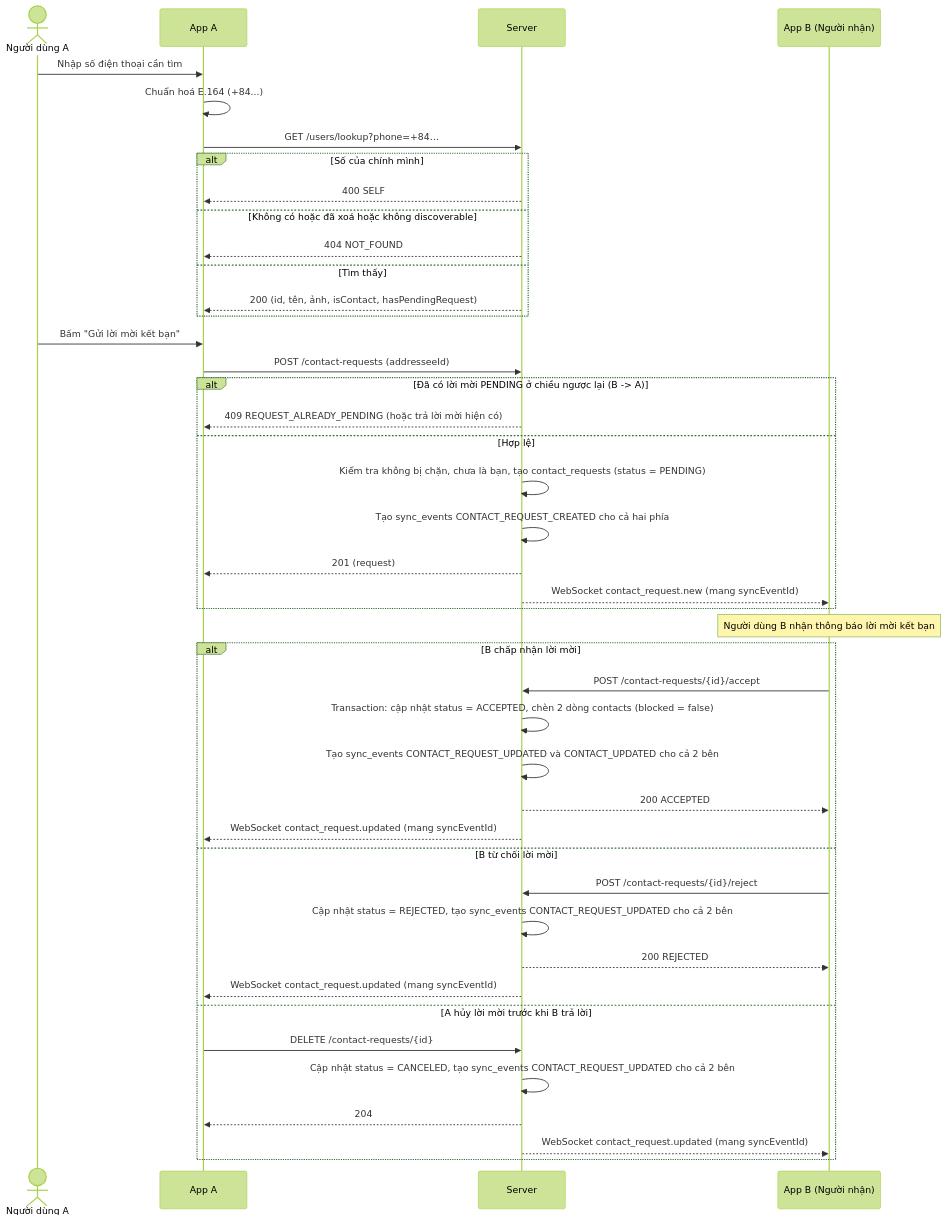
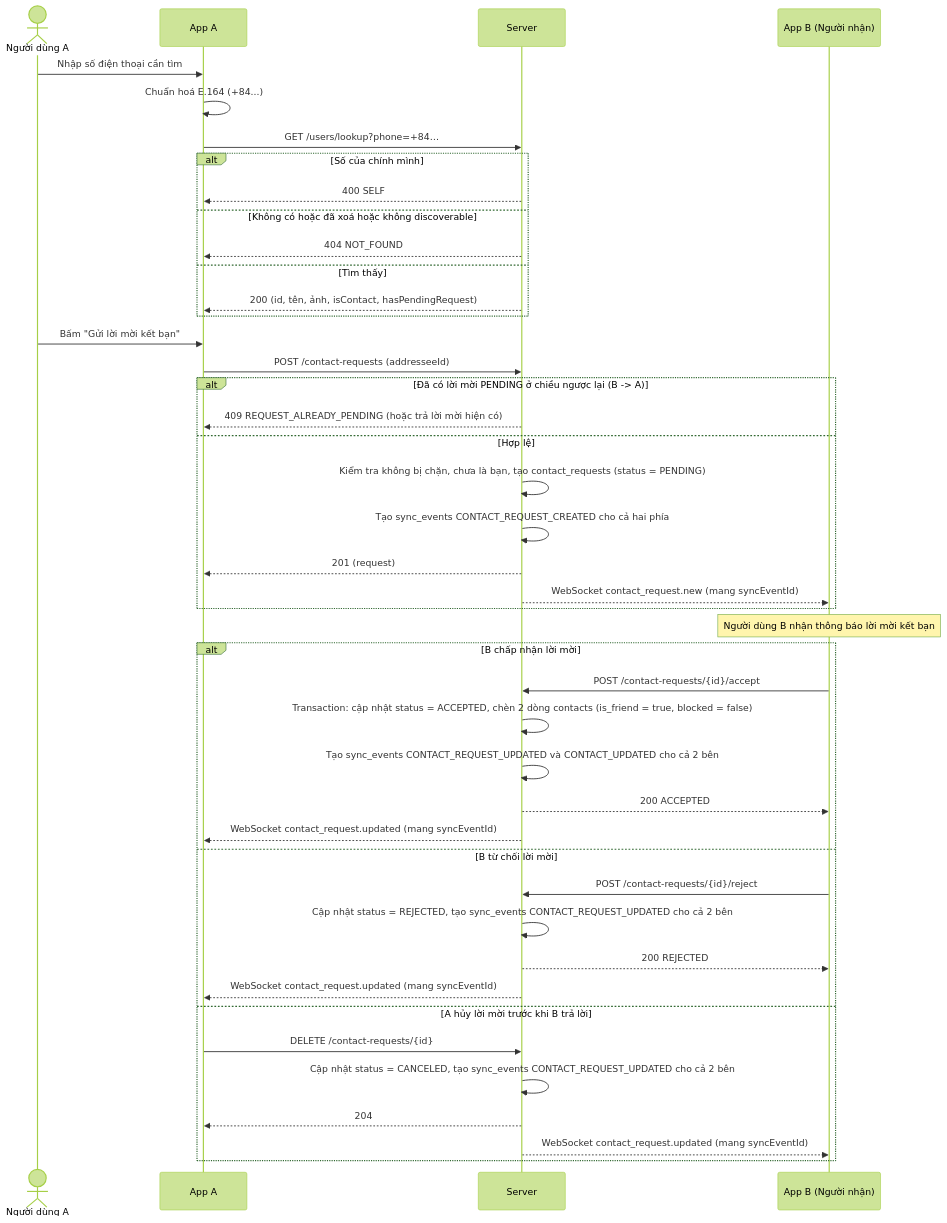
One commit to Project-Mobile-TEAM/Project_Mobile changed the fourth of 10 diagrams in docs/FLOWS.md. Above: the diagram before and after it, drawn with Mermaid (forest theme). The commit also changed other lines of this file and 13 other files, not shown here.

Commit message:
feat(backend): enable automatic Flyway migration over session pooler 5432 and add V4 schema alignment

````diff
--- a/docs/FLOWS.md
+++ b/docs/FLOWS.md
@@ -132,45 +132,45 @@
 ```mermaid
 sequenceDiagram
     actor U as Người dùng A
     participant A as App A
     participant S as Server
     participant B as App B (Người nhận)
     U->>A: Nhập số điện thoại cần tìm
     A->>A: Chuẩn hoá E.164 (+84...)
     A->>S: GET /users/lookup?phone=+84…
     alt Số của chính mình
         S-->>A: 400 SELF
     else Không có hoặc đã xoá hoặc không discoverable
         S-->>A: 404 NOT_FOUND
     else Tìm thấy
         S-->>A: 200 (id, tên, ảnh, isContact, hasPendingRequest)
     end
     U->>A: Bấm "Gửi lời mời kết bạn"
     A->>S: POST /contact-requests (addresseeId)
     alt Đã có lời mời PENDING ở chiều ngược lại (B -> A)
         S-->>A: 409 REQUEST_ALREADY_PENDING (hoặc trả lời mời hiện có)
     else Hợp lệ
         S->>S: Kiểm tra không bị chặn, chưa là bạn, tạo contact_requests (status = PENDING)
         S->>S: Tạo sync_events CONTACT_REQUEST_CREATED cho cả hai phía
         S-->>A: 201 (request)
         S-->>B: WebSocket contact_request.new (mang syncEventId)
     end
     Note over B: Người dùng B nhận thông báo lời mời kết bạn
     alt B chấp nhận lời mời
         B->>S: POST /contact-requests/{id}/accept
-        S->>S: Transaction: cập nhật status = ACCEPTED, chèn 2 dòng contacts (blocked = false)
+        S->>S: Transaction: cập nhật status = ACCEPTED, chèn 2 dòng contacts (is_friend = true, blocked = false)
         S->>S: Tạo sync_events CONTACT_REQUEST_UPDATED và CONTACT_UPDATED cho cả 2 bên
         S-->>B: 200 ACCEPTED
         S-->>A: WebSocket contact_request.updated (mang syncEventId)
     else B từ chối lời mời
         B->>S: POST /contact-requests/{id}/reject
         S->>S: Cập nhật status = REJECTED, tạo sync_events CONTACT_REQUEST_UPDATED cho cả 2 bên
         S-->>B: 200 REJECTED
         S-->>A: WebSocket contact_request.updated (mang syncEventId)
     else A hủy lời mời trước khi B trả lời
         A->>S: DELETE /contact-requests/{id}
         S->>S: Cập nhật status = CANCELED, tạo sync_events CONTACT_REQUEST_UPDATED cho cả 2 bên
         S-->>A: 204
         S-->>B: WebSocket contact_request.updated (mang syncEventId)
     end
 ```
````
